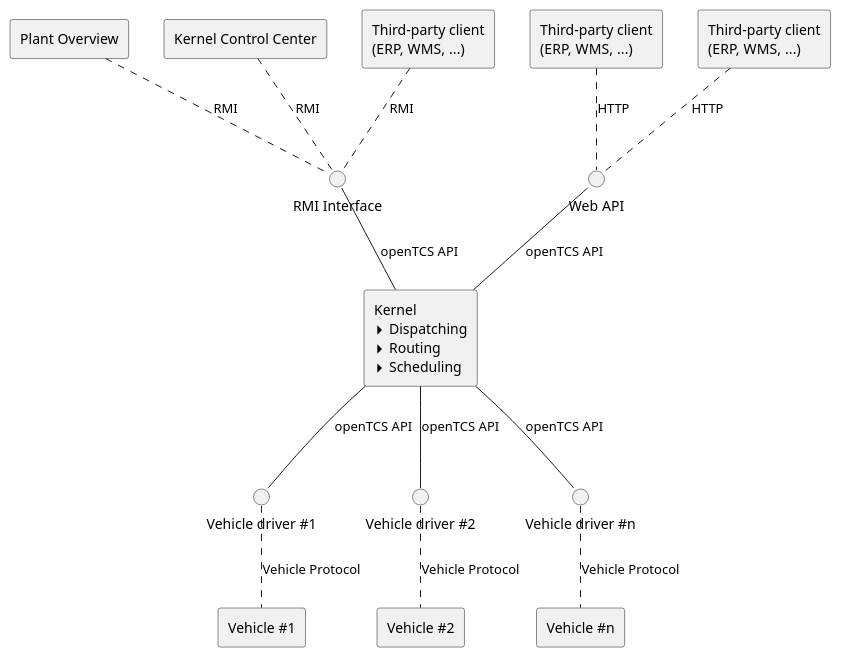
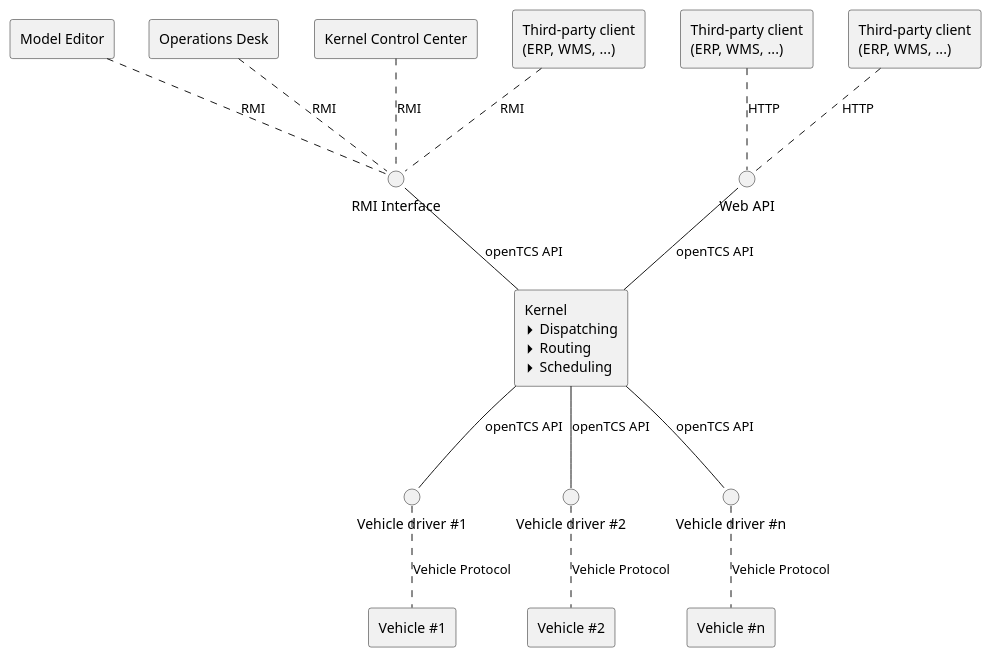
Before and after one commit to openTCS/opentcs: the diagram in openTCS-Documentation/src/docs/users-guide/images/system_overview.puml, drawn with PlantUML. The commit also changed 1271 other files, not shown here.

```diff
--- a/openTCS-Documentation/src/docs/users-guide/images/system_overview.puml
+++ b/openTCS-Documentation/src/docs/users-guide/images/system_overview.puml
@@ -1,46 +1,48 @@
 @startuml
 skinparam monochrome true
 
 'left to right direction
 
 agent Kernel [
   Kernel
   <&caret-right> Dispatching
   <&caret-right> Routing
   <&caret-right> Scheduling
 ]
 interface "RMI Interface" as RmiInterface
 interface "Web API" as WebApi
 interface "Vehicle driver #1" as VehicleDriver1
 interface "Vehicle driver #2" as VehicleDriver2
 interface "Vehicle driver #n" as VehicleDriverN
 
-agent "Plant Overview" as PlantOverview
+agent "Model Editor" as ModelEditor
+agent "Operations Desk" as OperationsDesk
 agent "Kernel Control Center" as KernelControlCenter
 
 agent "Third-party client\n(ERP, WMS, ...)" as Client1
 agent "Third-party client\n(ERP, WMS, ...)" as Client2
 agent "Third-party client\n(ERP, WMS, ...)" as Client3
 
 agent "Vehicle #1" as Vehicle1
 agent "Vehicle #2" as Vehicle2
 agent "Vehicle #n" as VehicleN
 
 RmiInterface -- Kernel : openTCS API
 WebApi -- Kernel : openTCS API
 
-PlantOverview .. RmiInterface : RMI
+ModelEditor .. RmiInterface : RMI
+OperationsDesk .. RmiInterface : RMI
 KernelControlCenter .. RmiInterface : RMI
 
 Client1 .. RmiInterface : RMI
 Client2 .. WebApi : HTTP
 Client3 .. WebApi : HTTP
 
 Kernel -- VehicleDriver1 : openTCS API
 Kernel -- VehicleDriver2 : openTCS API
 Kernel -- VehicleDriverN : openTCS API
 
 VehicleDriver1 .. Vehicle1 : Vehicle Protocol
 VehicleDriver2 .. Vehicle2 : Vehicle Protocol
 VehicleDriverN .. VehicleN : Vehicle Protocol
 @enduml
```
